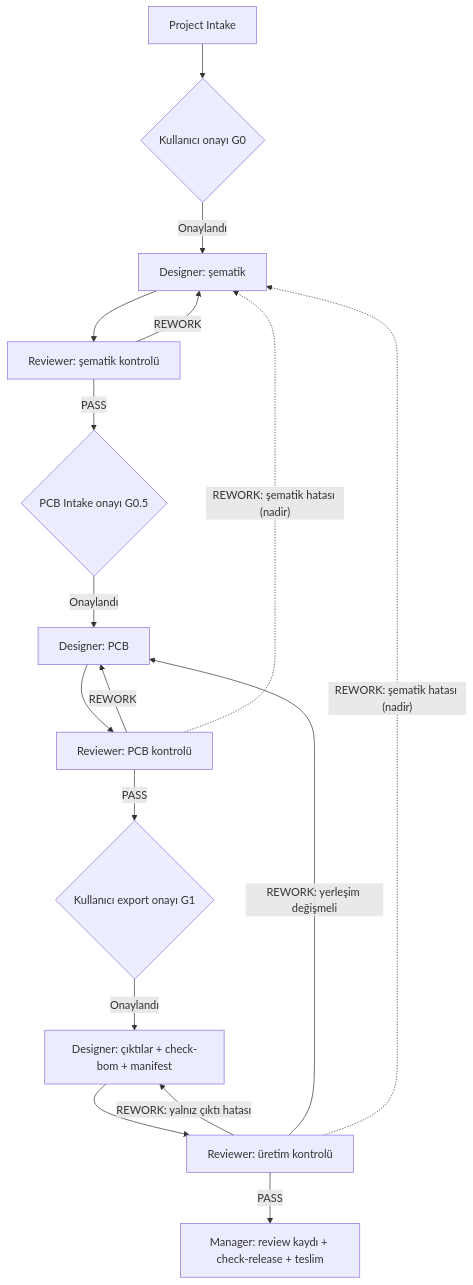
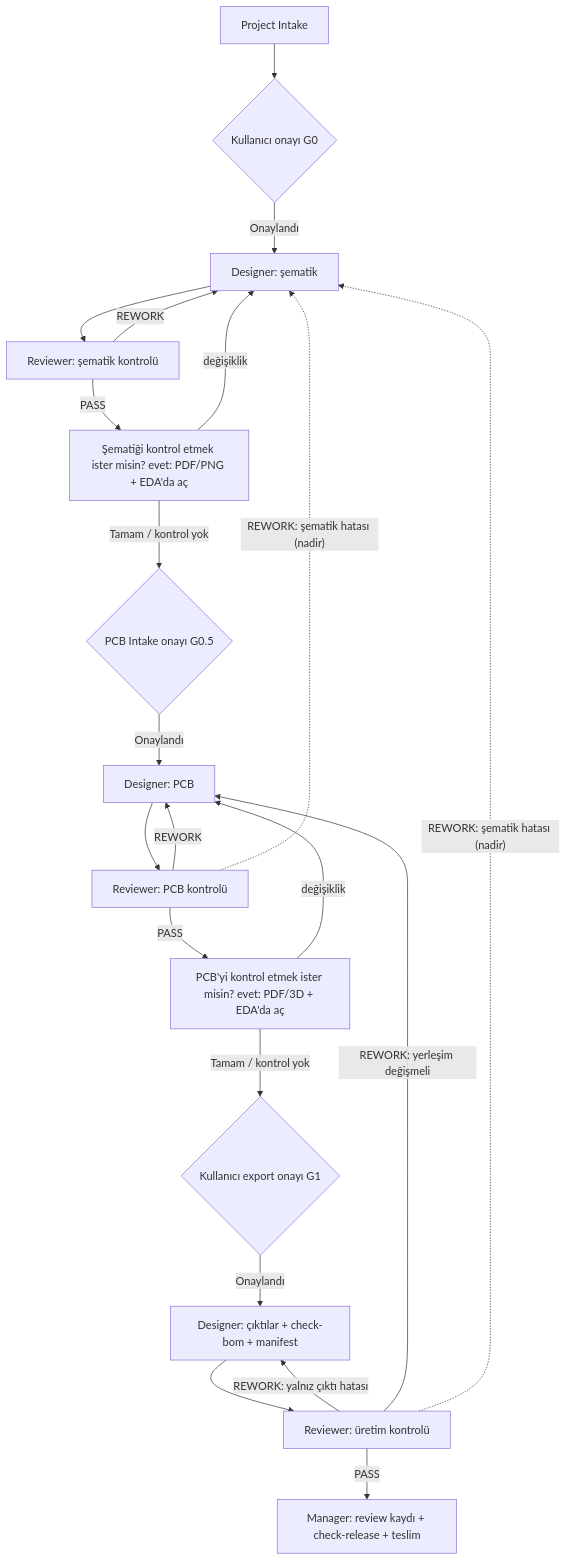
Before and after one commit to d0ukan/ai-hw-designer: the diagram in README.tr.md, drawn with Mermaid. The commit also changed other lines of this file and 10 other files, not shown here.

Commit message:
v1.21: optional user schematic and PCB check (PDF/images, open in EDA) before G0.5 and G1

````diff
--- a/README.tr.md
+++ b/README.tr.md
@@ -105,19 +106,23 @@
 ```mermaid
 flowchart TD
     I["Project Intake"] --> A{"Kullanıcı onayı G0"}
     A -->|"Onaylandı"| D["Designer: şematik"]
     D --> S["Reviewer: şematik kontrolü"]
     S -->|"REWORK"| D
-    S -->|"PASS"| B{"PCB Intake onayı G0.5"}
+    S -->|"PASS"| US["Şematiği kontrol etmek ister misin? evet: PDF/PNG + EDA'da aç"]
+    US -->|"değişiklik"| D
+    US -->|"Tamam / kontrol yok"| B{"PCB Intake onayı G0.5"}
     B -->|"Onaylandı"| P["Designer: PCB"]
     P --> R["Reviewer: PCB kontrolü"]
     R -->|"REWORK"| P
-    R -->|"PASS"| G{"Kullanıcı export onayı G1"}
+    R -->|"PASS"| UP["PCB'yi kontrol etmek ister misin? evet: PDF/3D + EDA'da aç"]
+    UP -->|"değişiklik"| P
+    UP -->|"Tamam / kontrol yok"| G{"Kullanıcı export onayı G1"}
     G -->|"Onaylandı"| E["Designer: çıktılar + check-bom + manifest"]
     E --> V["Reviewer: üretim kontrolü"]
     V -->|"REWORK: yalnız çıktı hatası"| E
     V -->|"REWORK: yerleşim değişmeli"| P
     R -.->|"REWORK: şematik hatası (nadir)"| D
     V -.->|"REWORK: şematik hatası (nadir)"| D
     V -->|"PASS"| H["Manager: review kaydı + check-release + teslim"]
 ```
````
